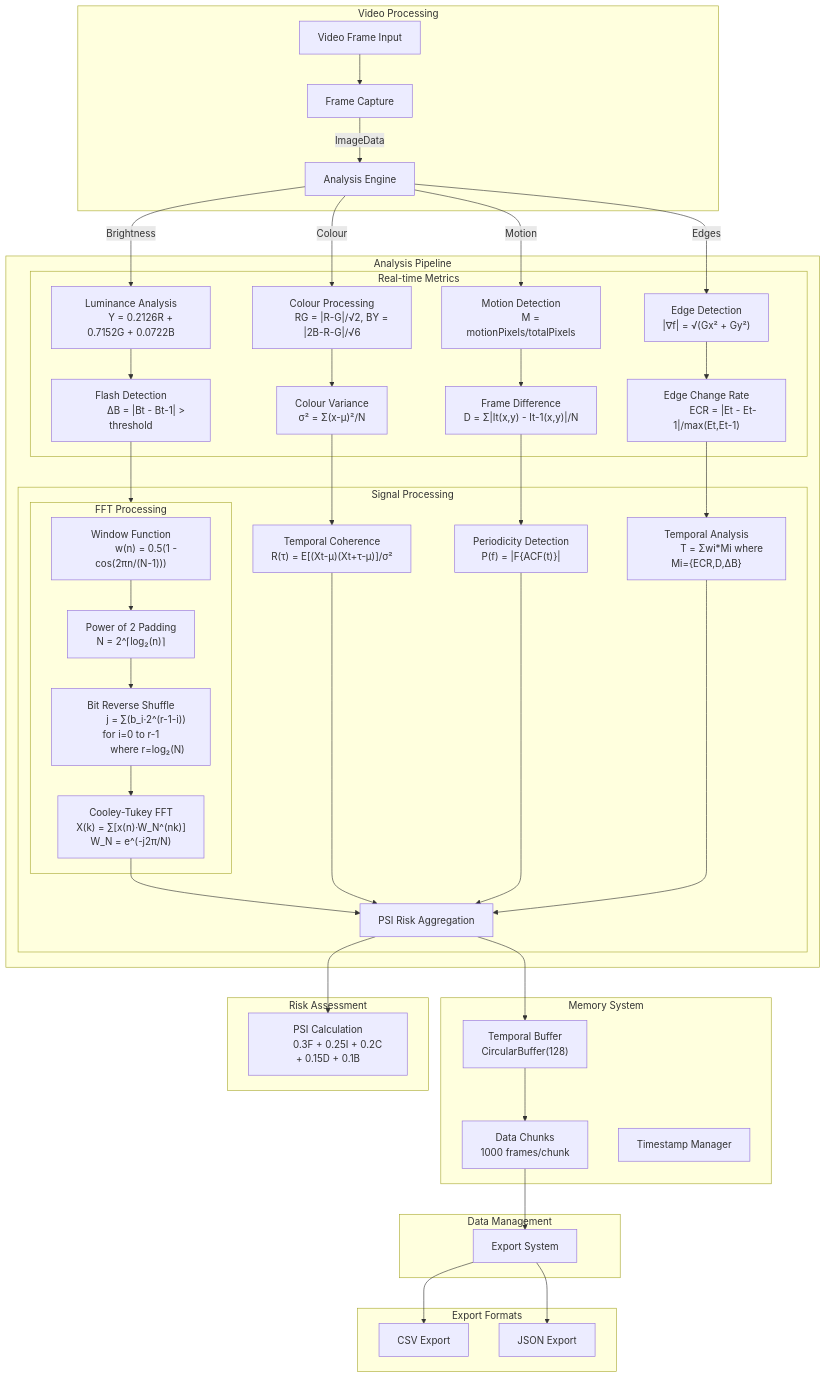
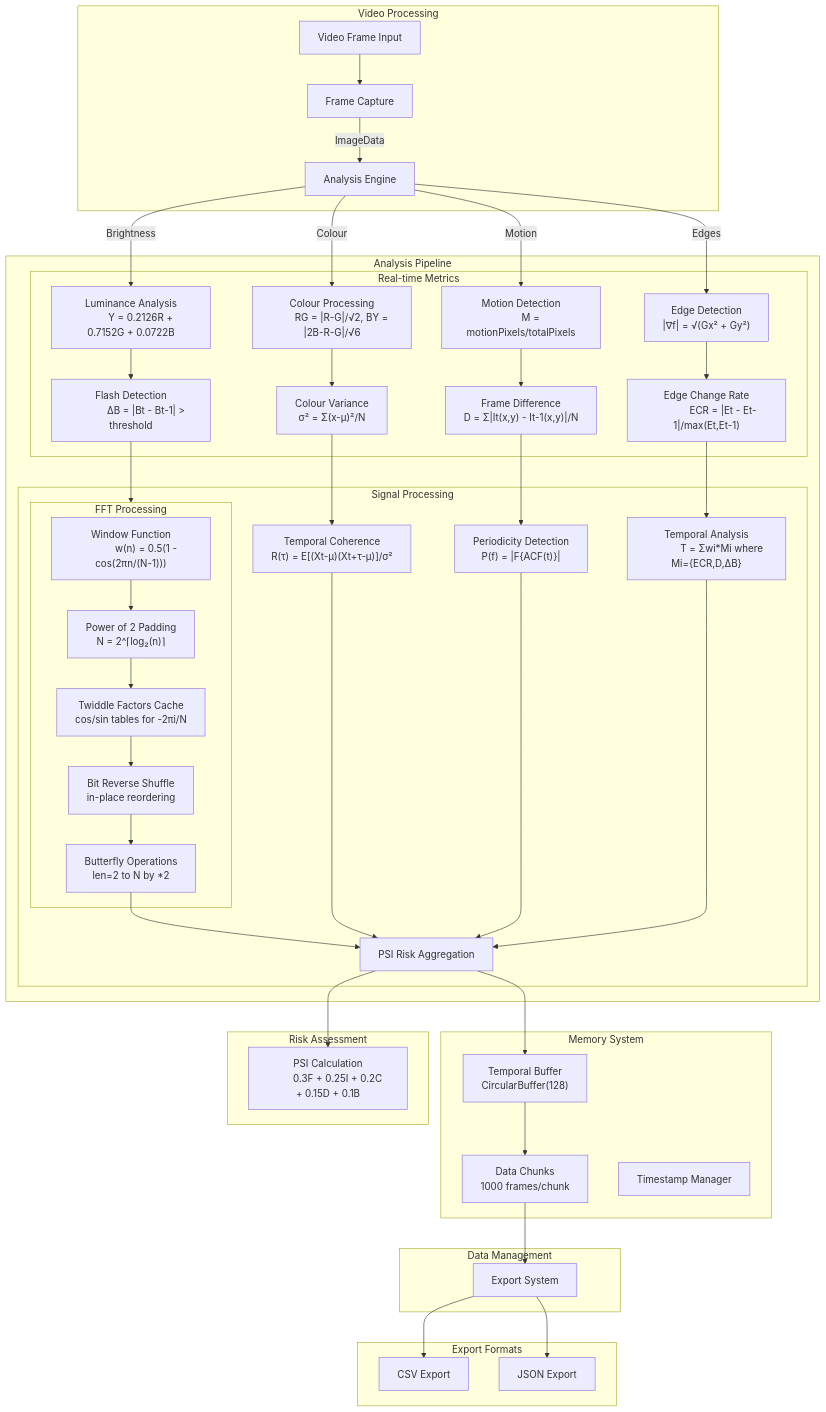
The second of 2 diagrams in README.md (Pi-0r-Tau/EPI-LENS), drawn with Mermaid before and after one commit. The commit also changed other lines of this file, not shown here.

Commit message:
Updates section updated + mermaid diagram tech

````diff
--- a/README.md
+++ b/README.md
@@ -311,16 +312,17 @@
             w(n) = 0.5(1 - cos(2πn/(N-1)))"]
             PTW["Power of 2 Padding
             N = 2^⌈log₂(n)⌉"]
+            TF["Twiddle Factors Cache
+            cos/sin tables for -2πi/N"]
             BRS["Bit Reverse Shuffle
-            j = ∑(b_i·2^(r-1-i)) for i=0 to r-1
-            where r=log₂(N)"]
-            CTF["Cooley-Tukey FFT
-            X(k) = ∑[x(n)·W_N^(nk)]
-            W_N = e^(-j2π/N)"]
+            in-place reordering"]
+            BTF["Butterfly Operations
+            len=2 to N by *2"]
+
             WIN --> PTW
-            PTW --> BRS
-            BRS --> CTF
-            
+            PTW --> TF
+            TF --> BRS
+            BRS --> BTF
         end
 
         subgraph Real_Time_Metrics [Real-time Metrics]
@@ -342,7 +344,7 @@
             P(f) = |F{ACF(t)}|"]
             CHG --> TMP["Temporal Analysis
             T = Σwi*Mi where Mi={ECR,D,ΔB}"]
-            CTF --> AGG
+            BTF --> AGG
         end
     end
 
@@ -364,5 +366,4 @@
         EXP --> CSV[CSV Export]
         EXP --> JSN[JSON Export]
     end
-
 ```
````
